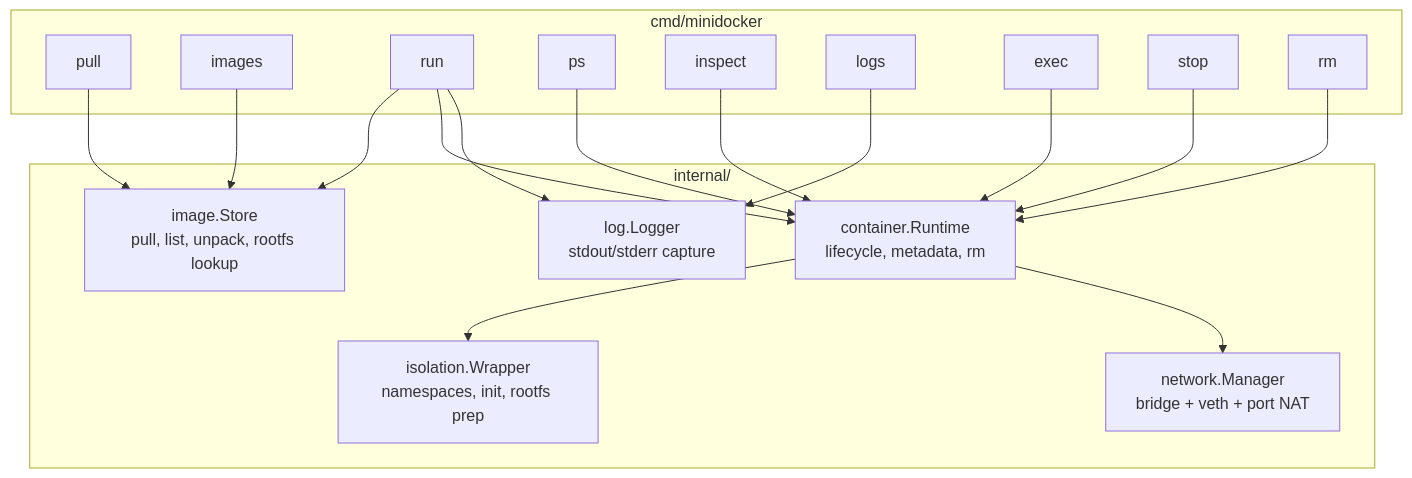
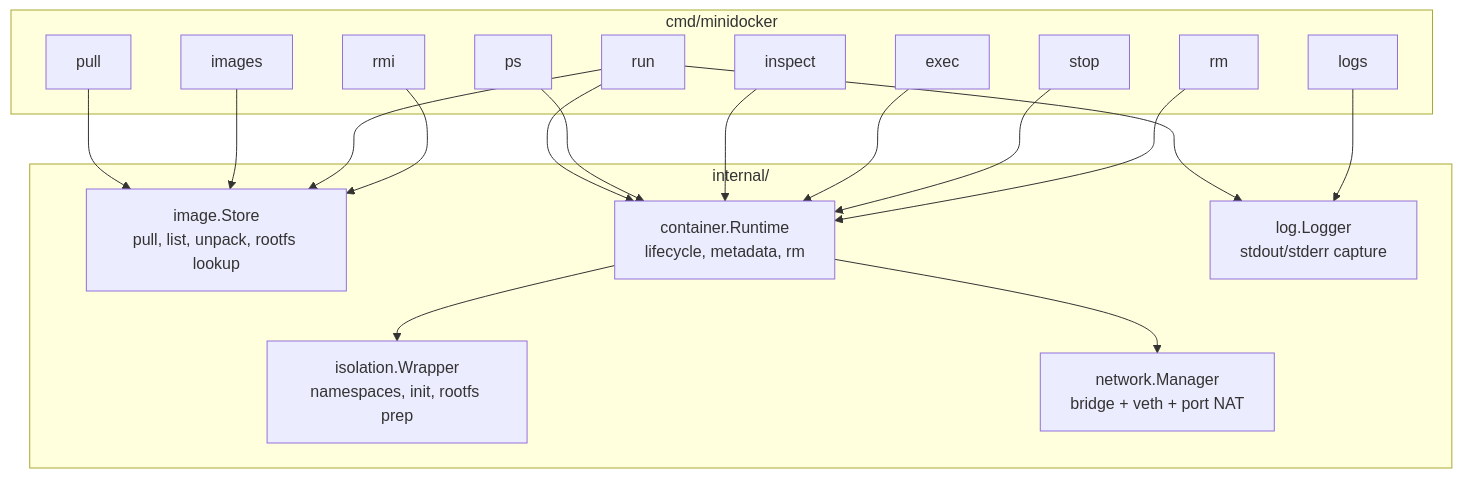
One commit to dannysecurity/minidocker changed the first of 6 diagrams in README.md. Above: the diagram before and after it, drawn with Mermaid. The commit also changed other lines of this file and 6 other files, not shown here.

Commit message:
Add rmi command and document image lifecycle in architecture

````diff
--- a/README.md
+++ b/README.md
@@ -63,36 +66,38 @@
 ```mermaid
 flowchart TB
   subgraph CLI["cmd/minidocker"]
     pull[pull]
     images[images]
     run[run]
     ps[ps]
     inspect[inspect]
     logs[logs]
     exec[exec]
     stop[stop]
     rm[rm]
+    rmi[rmi]
   end
 
   subgraph Internal["internal/"]
     image["image.Store\npull, list, unpack, rootfs lookup"]
     container["container.Runtime\nlifecycle, metadata, rm"]
     isolation["isolation.Wrapper\nnamespaces, init, rootfs prep"]
     network["network.Manager\nbridge + veth + port NAT"]
     log["log.Logger\nstdout/stderr capture"]
   end
 
   pull --> image
   images --> image
   run --> image
   run --> container
   run --> log
   container --> isolation
   container --> network
   ps --> container
   inspect --> container
   logs --> log
   exec --> container
   stop --> container
   rm --> container
+  rmi --> image
 ```
````
